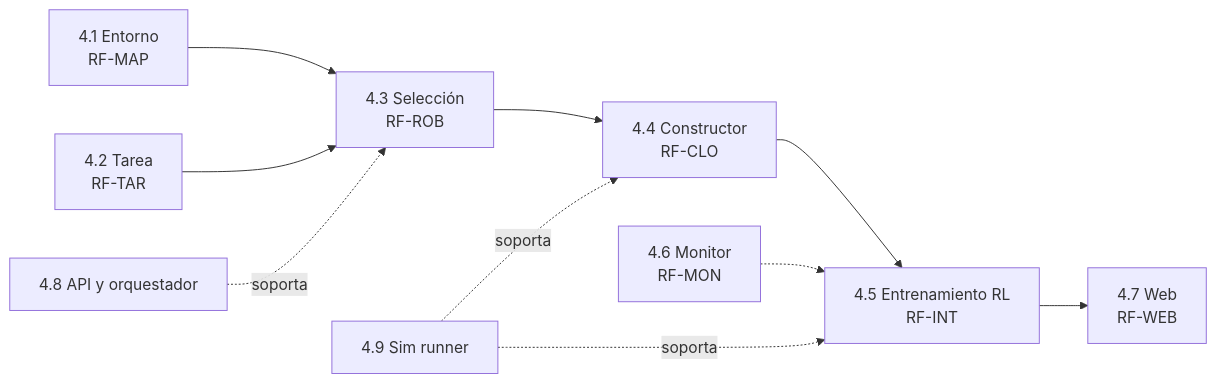
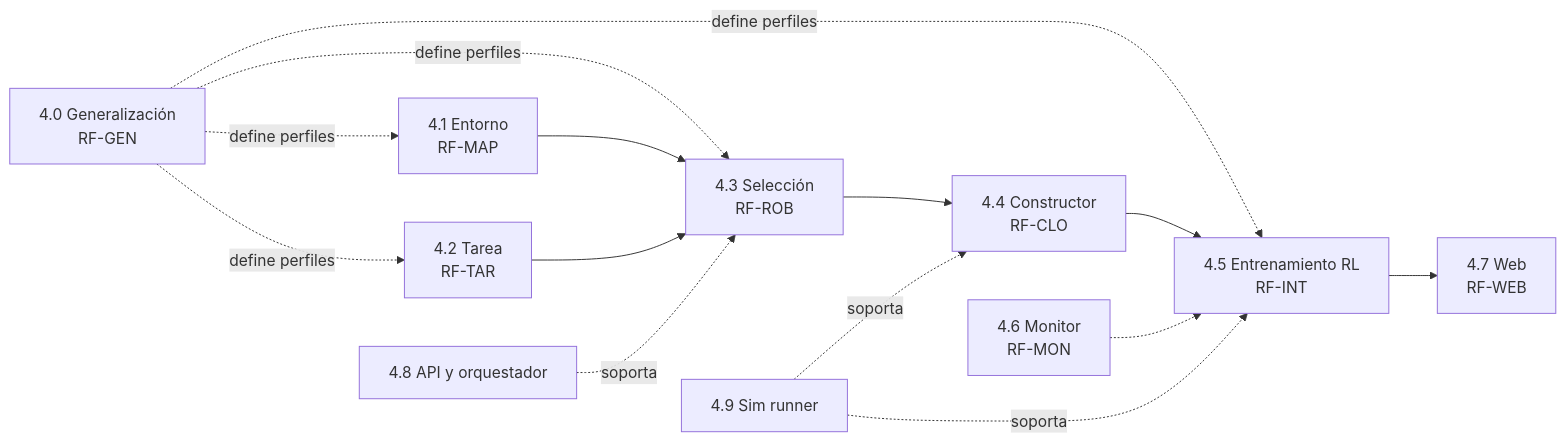
Before and after one commit to platanus-hack/platanus-hack-26-cl-team-4: the fourth of 9 diagrams in docs/requerimientos.md, drawn with Mermaid. The commit also changed other lines of this file and 9 other files, not shown here.

````diff
--- a/docs/requerimientos.md
+++ b/docs/requerimientos.md
@@ -121,11 +134,12 @@
 ```mermaid
 flowchart LR
+  GEN["4.0 Generalización<br/>RF-GEN"] -.define perfiles.-> MAP & TAR & ROB & INT
   MAP["4.1 Entorno<br/>RF-MAP"] --> ROB["4.3 Selección<br/>RF-ROB"]
   TAR["4.2 Tarea<br/>RF-TAR"] --> ROB
   ROB --> CLO["4.4 Constructor<br/>RF-CLO"]
   CLO --> INT["4.5 Entrenamiento RL<br/>RF-INT"]
   MON["4.6 Monitor<br/>RF-MON"] -.-> INT
   INT --> WEB["4.7 Web<br/>RF-WEB"]
   API["4.8 API y orquestador"] -.soporta.-> ROB
   GPU["4.9 Sim runner"] -.soporta.-> CLO & INT
 ```
````
